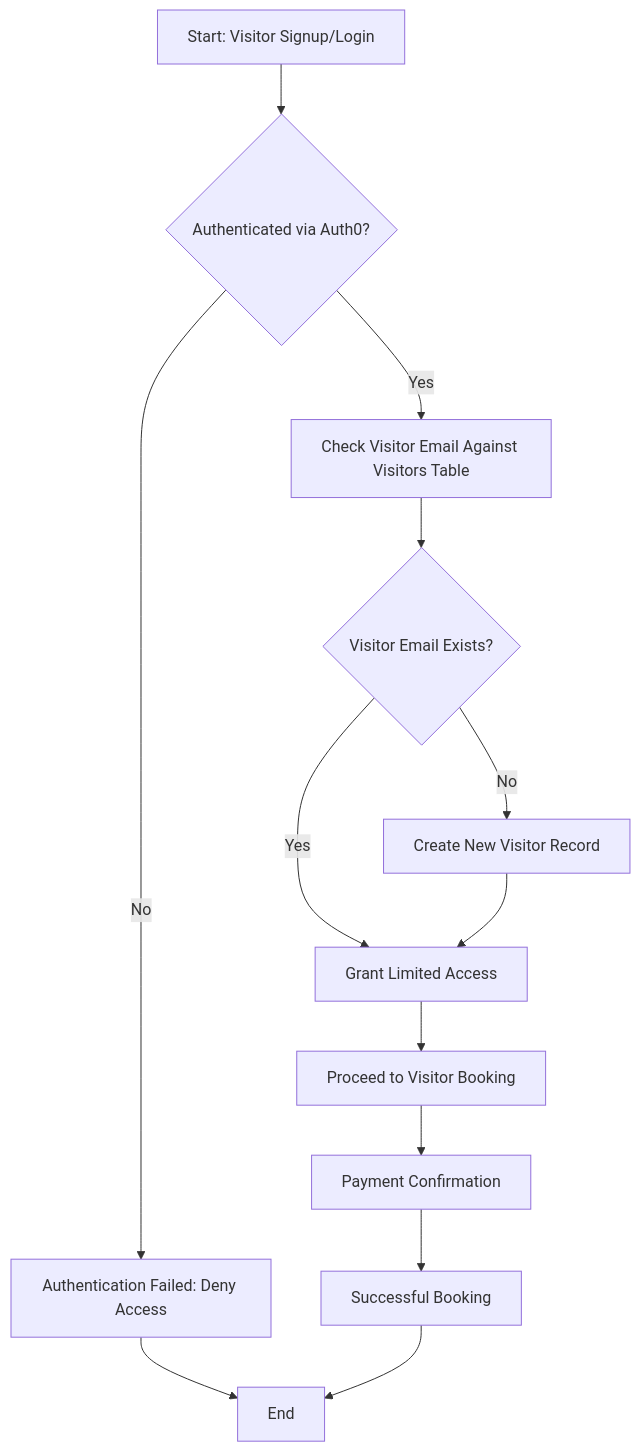
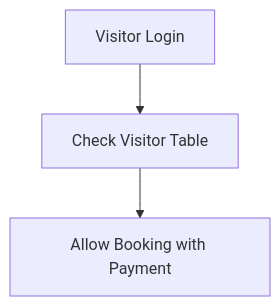
Before and after one commit to DouglasVDM/court-booking-pwa: the second of 4 diagrams in README.md, drawn with Mermaid. The commit also changed other lines of this file, not shown here.

````diff
--- a/README.md
+++ b/README.md
@@ -127,15 +115,5 @@
 ```mermaid
 graph TD
-    A[Start: Visitor Signup/Login] --> B{Authenticated via Auth0?}
-    B -- Yes --> C[Check Visitor Email Against Visitors Table]
-    B -- No --> Z[Authentication Failed: Deny Access]
-    C --> D{Visitor Email Exists?}
-    D -- Yes --> E[Grant Limited Access]
-    D -- No --> F[Create New Visitor Record]
-    F --> E
-    E --> G[Proceed to Visitor Booking]
-    G --> H[Payment Confirmation]
-    H --> I[Successful Booking]
-    Z --> K[End]
-    I --> K[End]
+  A[Visitor Login] --> B[Check Visitor Table]
+  B --> C[Allow Booking with Payment]
 ```
````
